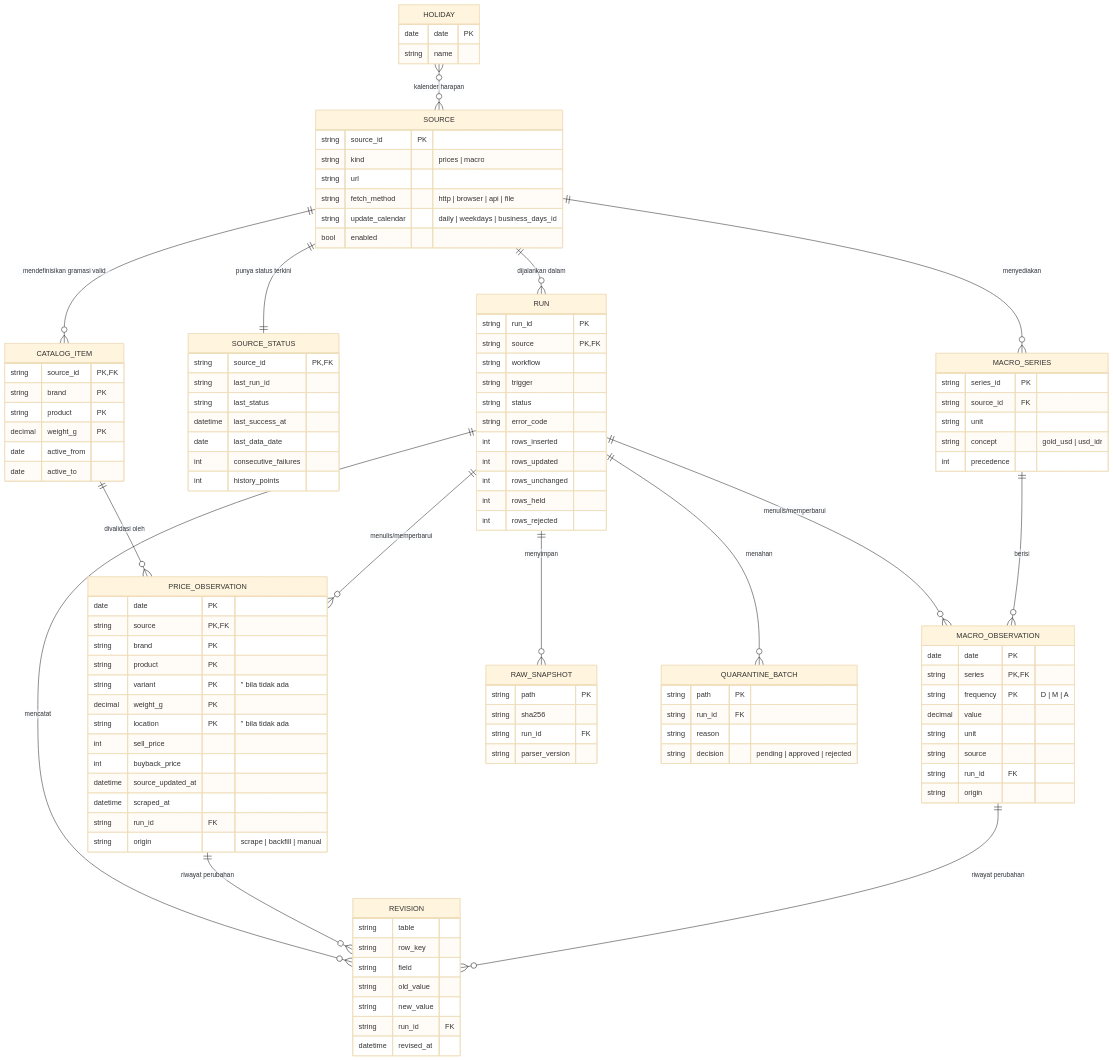
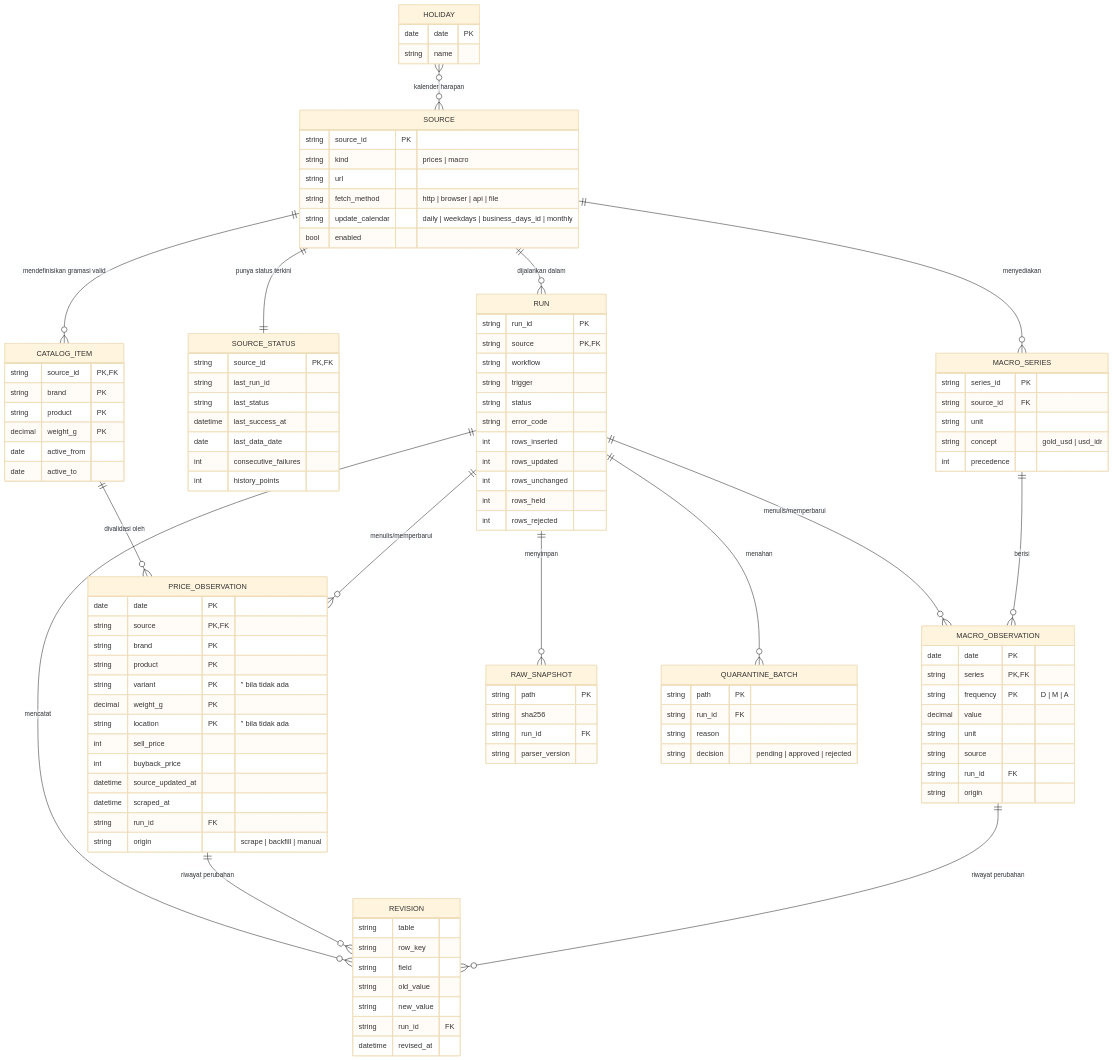
Before and after one commit to hafidznrg/gold-price-tracker: the diagram in plan/DATA-MODEL.md, drawn with Mermaid (base theme). The commit also changed 53 other files, not shown here.

First line of the commit message:
feat: fondasi monorepo, schema, CLI, config, dan CI (P0-02–P0-06)

```diff
--- a/plan/DATA-MODEL.md
+++ b/plan/DATA-MODEL.md
@@ -58,7 +58,7 @@
     string kind "prices | macro"
     string url
     string fetch_method "http | browser | api | file"
-    string update_calendar "daily | weekdays | business_days_id"
+    string update_calendar "daily | weekdays | business_days_id | monthly"
     bool enabled
   }
   CATALOG_ITEM {
```
